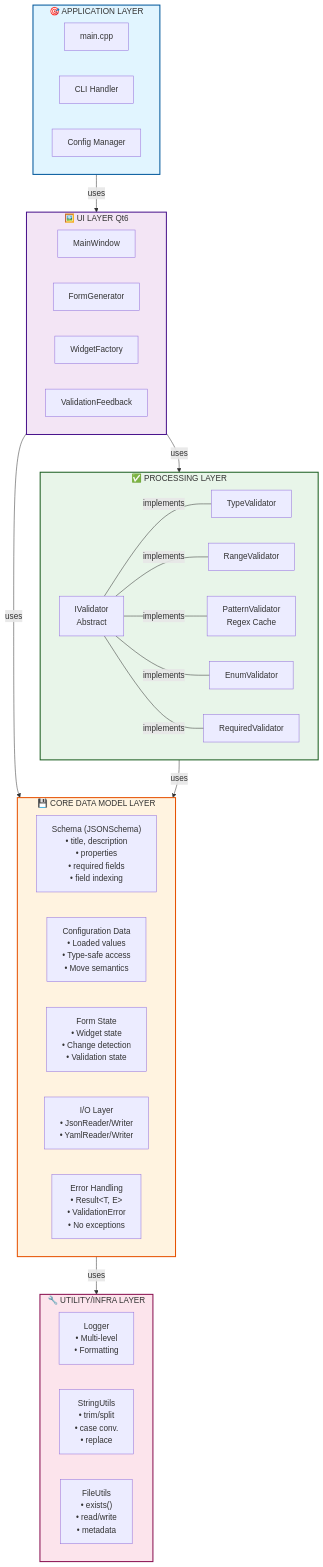
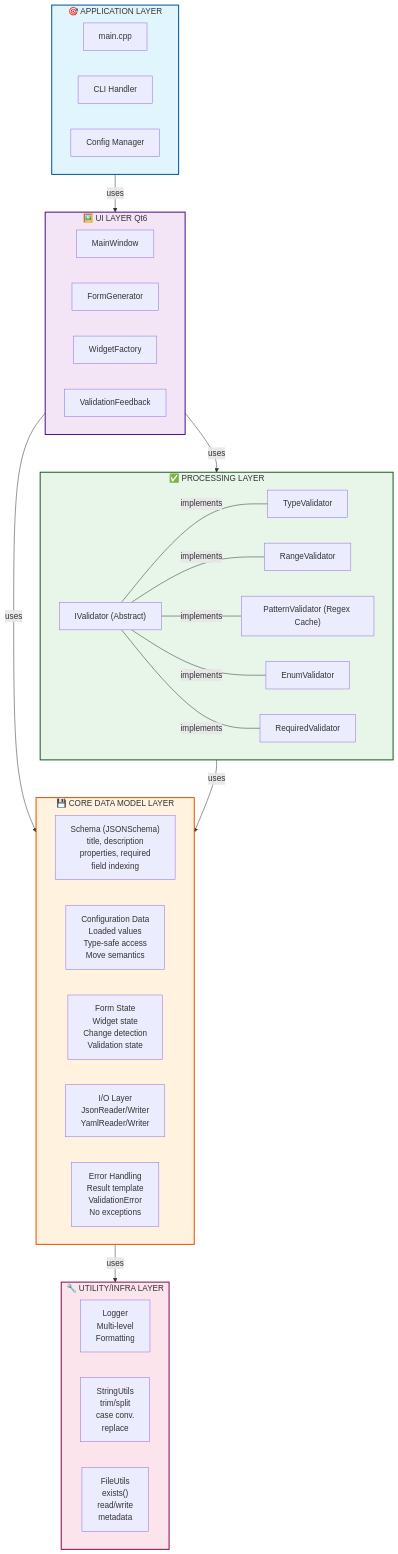
One commit to pvthanh/ConfigGUI changed the second of 8 diagrams in DESIGN_DOCUMENT.md. Above: the diagram before and after it, drawn with Mermaid.

Commit message:
Fix Render issue from GitHub

````diff
--- a/DESIGN_DOCUMENT.md
+++ b/DESIGN_DOCUMENT.md
@@ -59,56 +59,56 @@
 ```mermaid
 graph TB
     subgraph APP["🎯 APPLICATION LAYER"]
         MAIN["main.cpp"]
         CLIH["CLI Handler"]
         CONF["Config Manager"]
     end
     
     subgraph UI["🖼️ UI LAYER Qt6"]
         MW["MainWindow"]
         FG["FormGenerator"]
         WF["WidgetFactory"]
         VFW["ValidationFeedback"]
     end
     
     subgraph PROC["✅ PROCESSING LAYER"]
-        IVA["IValidator<br/>Abstract"]
+        IVA["IValidator (Abstract)"]
         TV["TypeValidator"]
         RV["RangeValidator"]
-        PV["PatternValidator<br/>Regex Cache"]
+        PV["PatternValidator (Regex Cache)"]
         EV["EnumValidator"]
         REQ["RequiredValidator"]
     end
     
     subgraph CORE["💾 CORE DATA MODEL LAYER"]
-        SCH["Schema (JSONSchema)<br/>• title, description<br/>• properties<br/>• required fields<br/>• field indexing"]
-        CFG["Configuration Data<br/>• Loaded values<br/>• Type-safe access<br/>• Move semantics"]
-        FS["Form State<br/>• Widget state<br/>• Change detection<br/>• Validation state"]
-        IO["I/O Layer<br/>• JsonReader/Writer<br/>• YamlReader/Writer"]
-        ER["Error Handling<br/>• Result&lt;T, E&gt;<br/>• ValidationError<br/>• No exceptions"]
+        SCH["Schema (JSONSchema)<br>title, description<br>properties, required<br>field indexing"]
+        CFG["Configuration Data<br>Loaded values<br>Type-safe access<br>Move semantics"]
+        FS["Form State<br>Widget state<br>Change detection<br>Validation state"]
+        IO["I/O Layer<br>JsonReader/Writer<br>YamlReader/Writer"]
+        ER["Error Handling<br>Result template<br>ValidationError<br>No exceptions"]
     end
     
     subgraph UTIL["🔧 UTILITY/INFRA LAYER"]
-        LOG["Logger<br/>• Multi-level<br/>• Formatting"]
-        STR["StringUtils<br/>• trim/split<br/>• case conv.<br/>• replace"]
-        FILE["FileUtils<br/>• exists()<br/>• read/write<br/>• metadata"]
+        LOG["Logger<br>Multi-level<br>Formatting"]
+        STR["StringUtils<br>trim/split<br>case conv.<br>replace"]
+        FILE["FileUtils<br>exists()<br>read/write<br>metadata"]
     end
     
     APP -->|uses| UI
     UI -->|uses| PROC
     UI -->|uses| CORE
     PROC -->|uses| CORE
     CORE -->|uses| UTIL
     
     IVA ---|implements| TV
     IVA ---|implements| RV
     IVA ---|implements| PV
     IVA ---|implements| EV
     IVA ---|implements| REQ
     
     style APP fill:#e1f5ff,stroke:#01579b,stroke-width:2px
     style UI fill:#f3e5f5,stroke:#4a148c,stroke-width:2px
     style PROC fill:#e8f5e9,stroke:#1b5e20,stroke-width:2px
     style CORE fill:#fff3e0,stroke:#e65100,stroke-width:2px
     style UTIL fill:#fce4ec,stroke:#880e4f,stroke-width:2px
 ```
````
